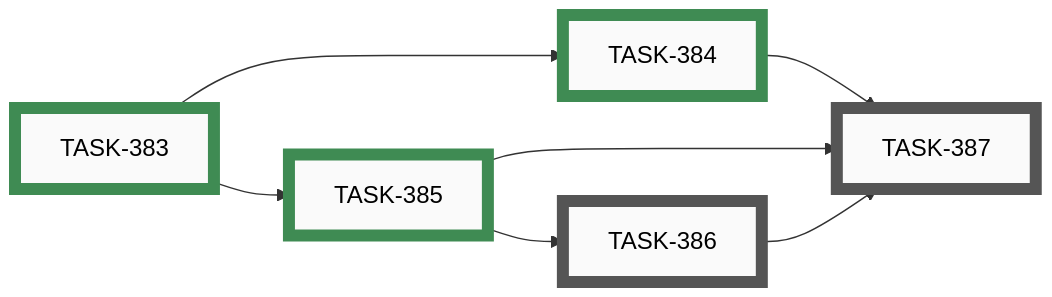
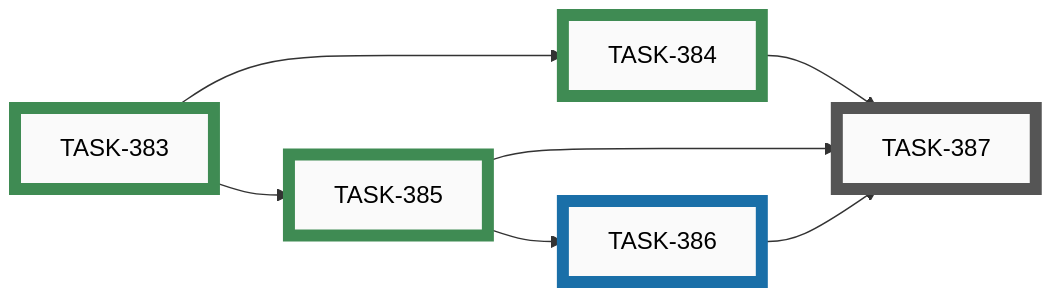
Before and after one commit to tgd1975/AwesomeGuitarPedal: the tenth of 11 diagrams in docs/developers/tasks/EPICS.md, drawn with Mermaid. The commit also changed other lines of this file and 9 other files, not shown here.

````diff
--- a/docs/developers/tasks/EPICS.md
+++ b/docs/developers/tasks/EPICS.md
@@ -374,27 +374,27 @@
 ```mermaid
 graph LR
-    TASK_386["TASK-386"]:::open
     TASK_387["TASK-387"]:::open
+    TASK_386["TASK-386"]:::active
     TASK_383["TASK-383"]:::closed
     TASK_384["TASK-384"]:::closed
     TASK_385["TASK-385"]:::closed
-    TASK_385 --> TASK_386
     TASK_384 --> TASK_387
     TASK_385 --> TASK_387
     TASK_386 --> TASK_387
+    TASK_385 --> TASK_386
     TASK_383 --> TASK_384
     TASK_383 --> TASK_385
-    click TASK_386 "open/task-386-wiring-test-tool-led-individual-mode.md"
     click TASK_387 "open/task-387-wiring-test-tool-final-bindings-help-legend-builder-doc.md"
+    click TASK_386 "active/task-386-wiring-test-tool-led-individual-mode.md"
     click TASK_383 "closed/task-383-wiring-test-tool-env-makefile-scaffolding.md"
     click TASK_384 "closed/task-384-wiring-test-tool-button-mode.md"
     click TASK_385 "closed/task-385-wiring-test-tool-led-group-modes.md"
     classDef open    fill:#FAFAFA,stroke:#555,stroke-width:8px,color:#000
     classDef active  fill:#FAFAFA,stroke:#1A6FA8,stroke-width:8px,color:#000
     classDef closed  fill:#FAFAFA,stroke:#3F8B53,stroke-width:8px,color:#000
     classDef paused  fill:#FAFAFA,stroke:#B07810,stroke-width:8px,color:#000
     classDef openExt    fill:#000,stroke:#888,stroke-width:8px,color:#FFF
     classDef activeExt  fill:#000,stroke:#3FA9F5,stroke-width:8px,color:#FFF
     classDef closedExt  fill:#000,stroke:#7CC68A,stroke-width:8px,color:#FFF
     classDef pausedExt  fill:#000,stroke:#F0B030,stroke-width:8px,color:#FFF
 ```
````
